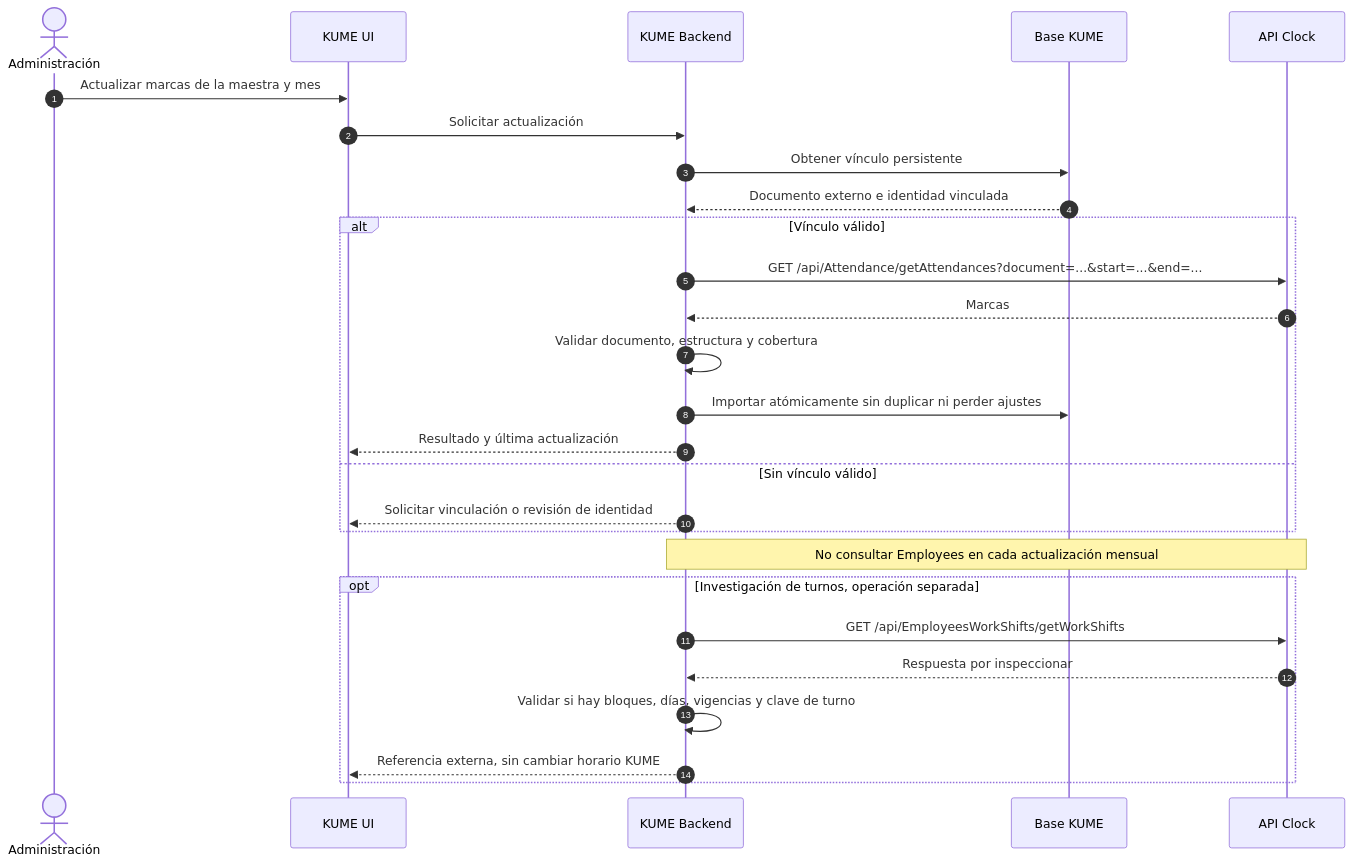
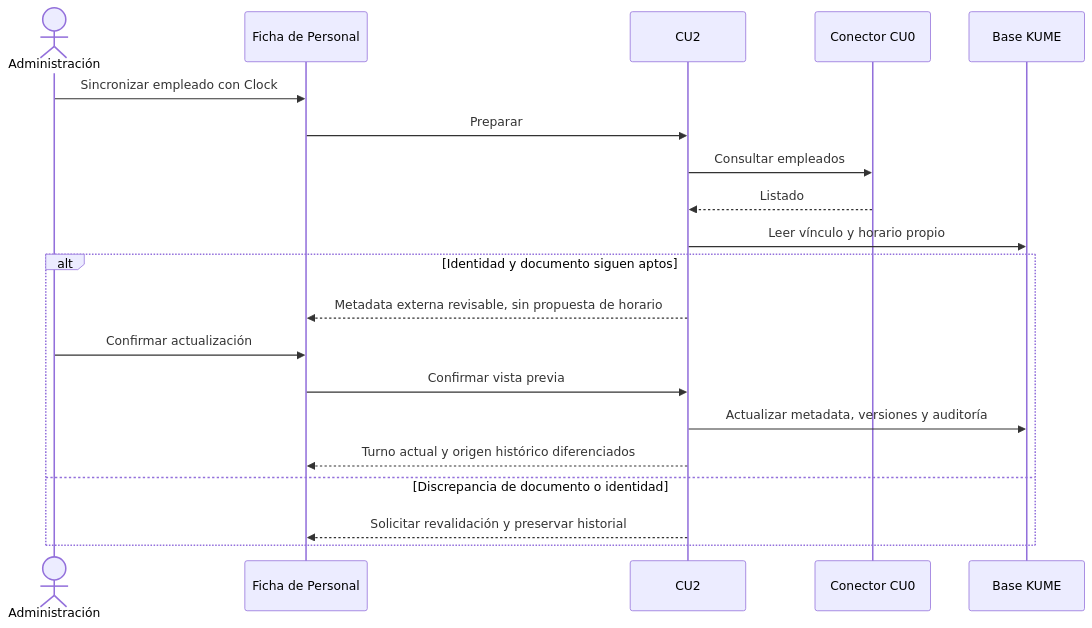
One commit to maxifarkuso/kume-admin-docs changed the fourth of 4 diagrams in docs/technical/softwareclock-employee-mapping.md. Above: the diagram before and after it, drawn with Mermaid. The commit also changed other lines of this file and 24 other files, not shown here.

````diff
--- a/docs/technical/softwareclock-employee-mapping.md
+++ b/docs/technical/softwareclock-employee-mapping.md
@@ -76,29 +70,22 @@
 ```mermaid
 sequenceDiagram
-    autonumber
     actor A as Administración
-    participant UI as KUME UI
-    participant BE as KUME Backend
+    participant UI as Ficha de Personal
+    participant BE as CU2
+    participant C as Conector CU0
     participant DB as Base KUME
-    participant C as API Clock
-    A->>UI: Actualizar marcas de la maestra y mes
-    UI->>BE: Solicitar actualización
-    BE->>DB: Obtener vínculo persistente
-    DB-->>BE: Documento externo e identidad vinculada
-    alt Vínculo válido
-        BE->>C: GET /api/Attendance/getAttendances?document=...&start=...&end=...
-        C-->>BE: Marcas
-        BE->>BE: Validar documento, estructura y cobertura
-        BE->>DB: Importar atómicamente sin duplicar ni perder ajustes
-        BE-->>UI: Resultado y última actualización
-    else Sin vínculo válido
-        BE-->>UI: Solicitar vinculación o revisión de identidad
-    end
-    Note over BE,C: No consultar Employees en cada actualización mensual
-    opt Investigación de turnos, operación separada
-        BE->>C: GET /api/EmployeesWorkShifts/getWorkShifts
-        C-->>BE: Respuesta por inspeccionar
-        BE->>BE: Validar si hay bloques, días, vigencias y clave de turno
-        BE-->>UI: Referencia externa, sin cambiar horario KUME
+    A->>UI: Sincronizar empleado con Clock
+    UI->>BE: Preparar
+    BE->>C: Consultar empleados
+    C-->>BE: Listado
+    BE->>DB: Leer vínculo y horario propio
+    alt Identidad y documento siguen aptos
+        BE-->>UI: Metadata externa revisable, sin propuesta de horario
+        A->>UI: Confirmar actualización
+        UI->>BE: Confirmar vista previa
+        BE->>DB: Actualizar metadata, versiones y auditoría
+        BE-->>UI: Turno actual y origen histórico diferenciados
+    else Discrepancia de documento o identidad
+        BE-->>UI: Solicitar revalidación y preservar historial
     end
 ```
````
